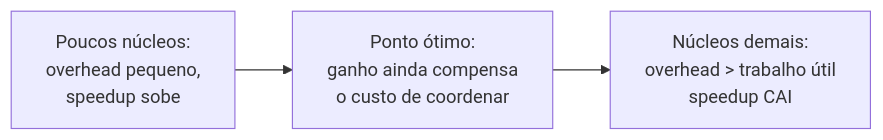
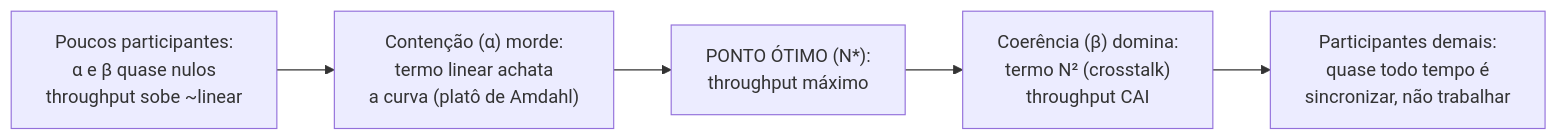
One commit to josenaldo/codex-technomanticus changed the fifth of 5 diagrams in 03-Dominios/Fundamentos/Concorrência e Paralelismo/16 - As leis da escala - Amdahl e Gustafson.md. Above: the diagram before and after it, drawn with Mermaid. The commit also changed other lines of this file and 3 other files, not shown here.

````diff
--- a/03-Dominios/Fundamentos/Concorrência e Paralelismo/16 - As leis da escala - Amdahl e Gustafson.md
+++ b/03-Dominios/Fundamentos/Concorrência e Paralelismo/16 - As leis da escala - Amdahl e Gustafson.md
@@ -153,5 +194,7 @@
 ```mermaid
 flowchart LR
-    N1["Poucos núcleos:<br/>overhead pequeno,<br/>speedup sobe"] --> N2["Ponto ótimo:<br/>ganho ainda compensa<br/>o custo de coordenar"]
-    N2 --> N3["Núcleos demais:<br/>overhead > trabalho útil<br/>speedup CAI"]
+    Z["Poucos participantes:<br/>α e β quase nulos<br/>throughput sobe ~linear"] --> A["Contenção (α) morde:<br/>termo linear achata<br/>a curva (platô de Amdahl)"]
+    A --> O["PONTO ÓTIMO (N*):<br/>throughput máximo"]
+    O --> B["Coerência (β) domina:<br/>termo N² (crosstalk)<br/>throughput CAI"]
+    B --> X["Participantes demais:<br/>quase todo tempo é<br/>sincronizar, não trabalhar"]
 ```
````
